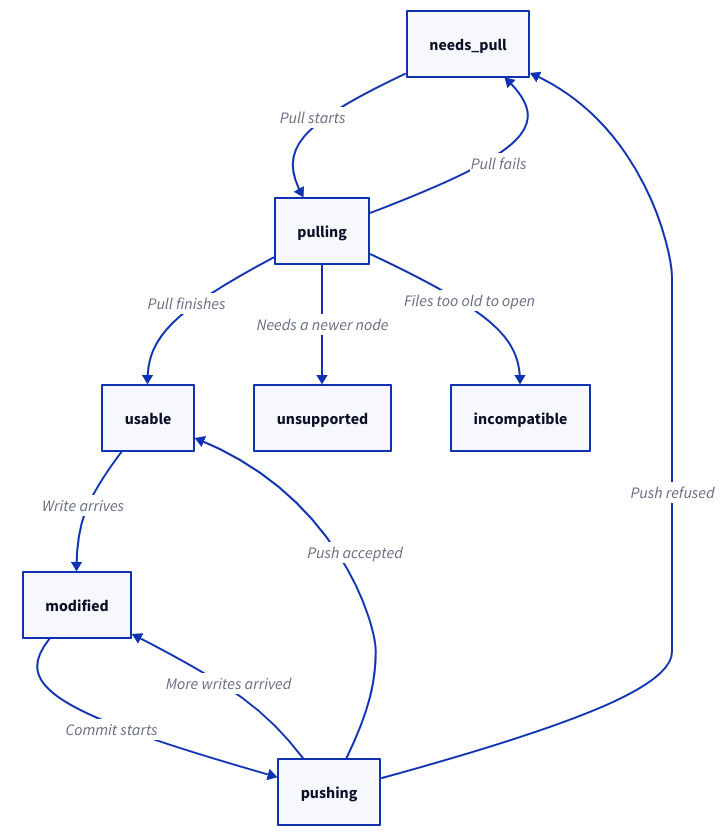
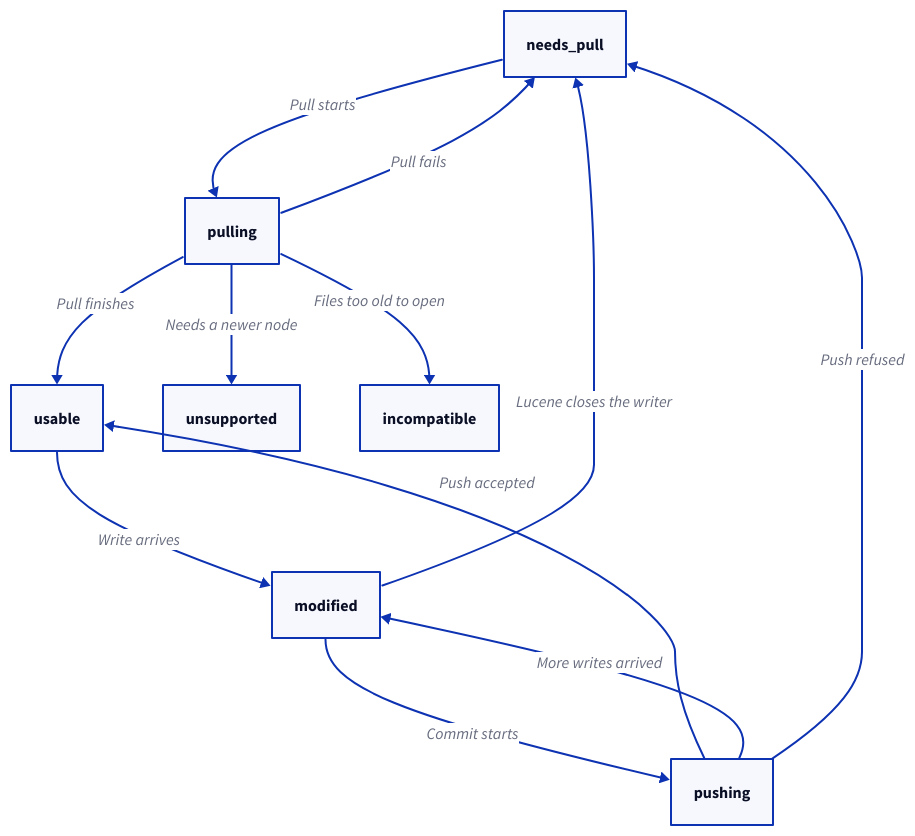
Before and after one commit to LevelFourAB/exofind: the third of 3 diagrams in docs/explanation/architecture.md, drawn with D2. The commit also changed 4 other files, not shown here.

````diff
--- a/docs/explanation/architecture.md
+++ b/docs/explanation/architecture.md
@@ -255,22 +255,23 @@
 ```d2 title="States of one index on one node, from the first pull through writes and pushes"
 direction: down
 
 needs_pull
 pulling
 usable
 modified
 pushing
 unsupported
 incompatible
 
 needs_pull -> pulling: Pull starts
 pulling -> needs_pull: Pull fails
 pulling -> usable: Pull finishes
 pulling -> unsupported: Needs a newer node
 pulling -> incompatible: Files too old to open
 usable -> modified: Write arrives
 modified -> pushing: Commit starts
 pushing -> usable: Push accepted
 pushing -> modified: More writes arrived
 pushing -> needs_pull: Push refused
+modified -> needs_pull: Lucene closes the writer
 ```
````
